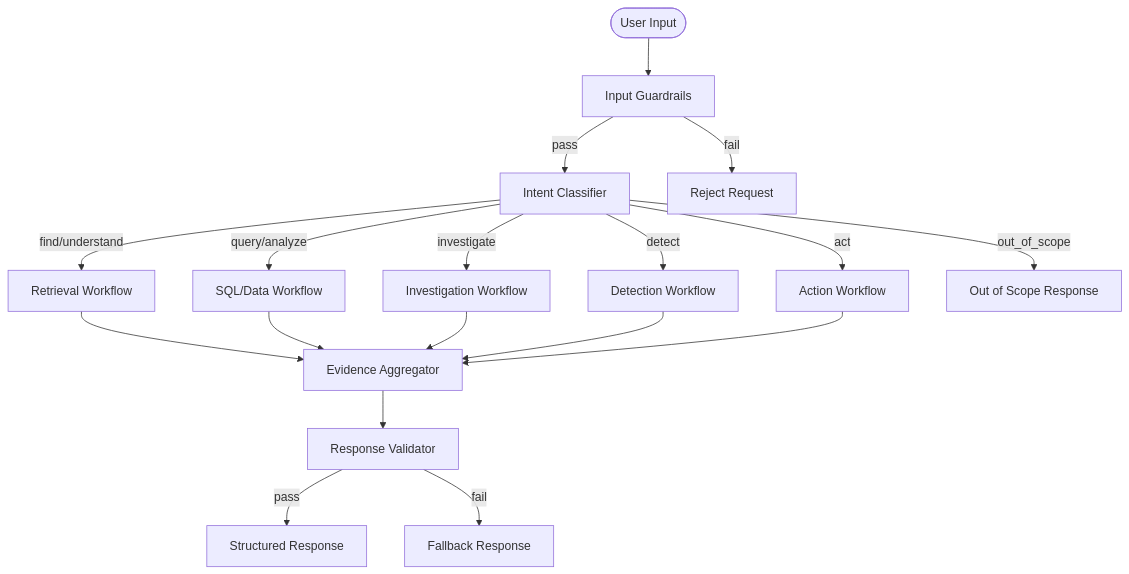
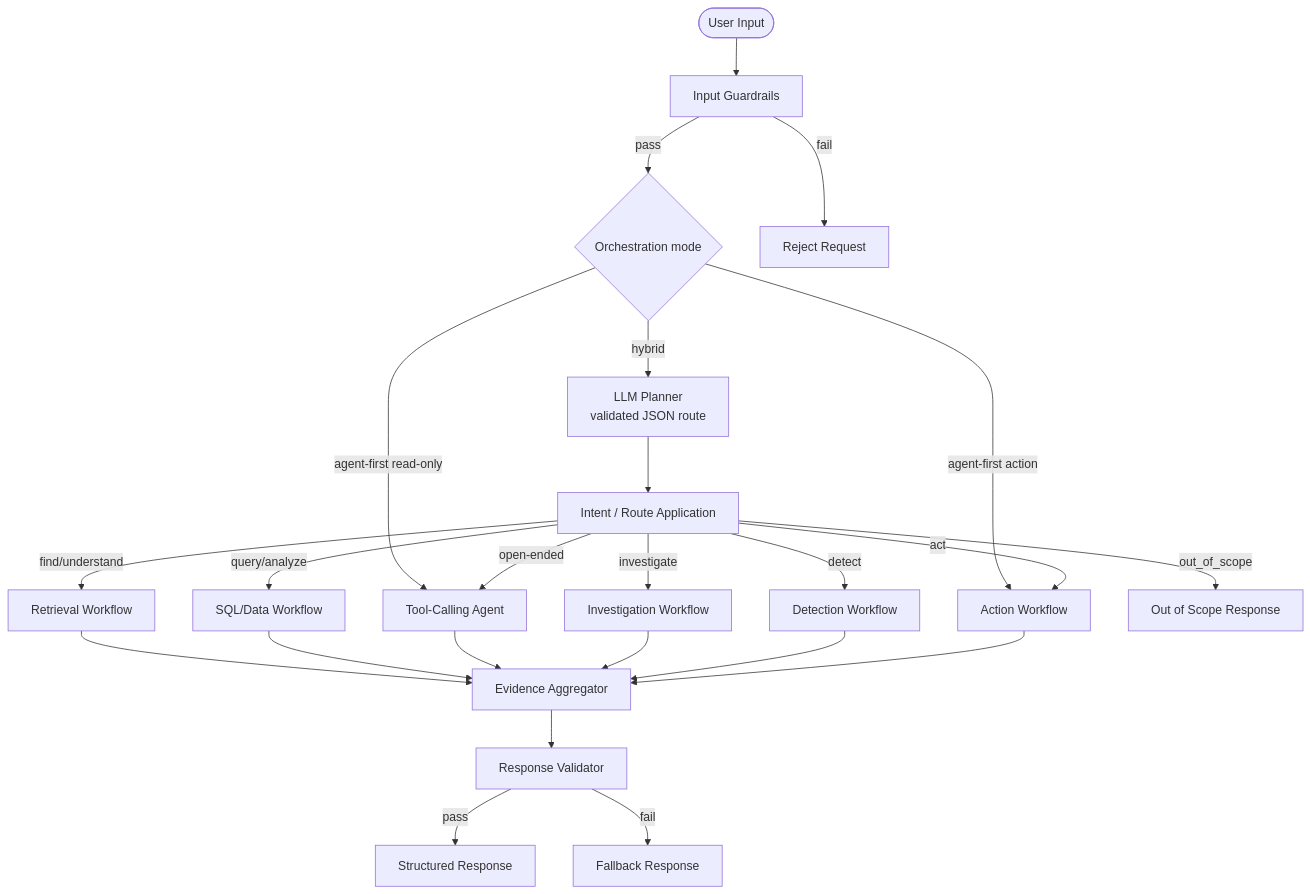
Before and after one commit to bora-arda/Enterprise-AI-Operations-Platform: the first of 2 diagrams in docs/architecture/AGENT_ARCHITECTURE.md, drawn with Mermaid. The commit also changed other lines of this file and 47 other files, not shown here.

First line of the commit message:
feat: ship agent-first procurement intelligence

````diff
--- a/docs/architecture/AGENT_ARCHITECTURE.md
+++ b/docs/architecture/AGENT_ARCHITECTURE.md
@@ -9,23 +16,29 @@
 ```mermaid
 graph TD
     START([User Input]) --> GUARD[Input Guardrails]
-    GUARD -->|pass| INTENT[Intent Classifier]
+    GUARD -->|pass| MODE{Orchestration mode}
     GUARD -->|fail| REJECT[Reject Request]
+    MODE -->|agent-first read-only| AGENT
+    MODE -->|agent-first action| ACTION
+    MODE -->|hybrid| PLANNER[LLM Planner<br/>validated JSON route]
+    PLANNER --> INTENT[Intent / Route Application]
 
     INTENT -->|find/understand| RETRIEVAL[Retrieval Workflow]
     INTENT -->|query/analyze| SQL[SQL/Data Workflow]
+    INTENT -->|open-ended| AGENT[Tool-Calling Agent]
     INTENT -->|investigate| INVESTIGATION[Investigation Workflow]
     INTENT -->|detect| DETECTION[Detection Workflow]
     INTENT -->|act| ACTION[Action Workflow]
     INTENT -->|out_of_scope| OOS[Out of Scope Response]
 
     RETRIEVAL --> EVIDENCE[Evidence Aggregator]
     SQL --> EVIDENCE
+    AGENT --> EVIDENCE
     INVESTIGATION --> EVIDENCE
     DETECTION --> EVIDENCE
     ACTION --> EVIDENCE
 
     EVIDENCE --> VALIDATE[Response Validator]
     VALIDATE -->|pass| OUTPUT[Structured Response]
     VALIDATE -->|fail| FALLBACK[Fallback Response]
 ```
````
